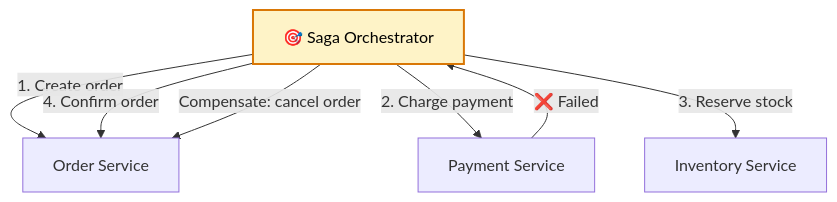
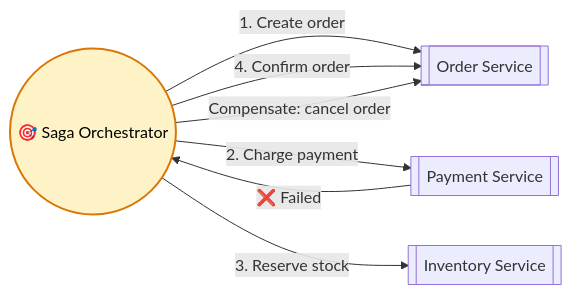
The fourth of 7 diagrams in docs/microservices/distributed-transactions.md (saivamsikaruturi/vamsilabs-dev-notes-main), drawn with Mermaid before and after one commit. The commit also changed other lines of this file and 146 other files, not shown here.

Commit message:
Horizontal diagrams, UML class diagrams, typography overhaul, and permalink cleanup

````diff
--- a/docs/microservices/distributed-transactions.md
+++ b/docs/microservices/distributed-transactions.md
@@ -91,13 +91,13 @@
 ```mermaid
-flowchart TD
-    O["🎯 Saga Orchestrator"]
-    O -->|"1. Create order"| OS["Order Service"]
-    O -->|"2. Charge payment"| PS["Payment Service"]
-    O -->|"3. Reserve stock"| IS["Inventory Service"]
+flowchart LR
+    O(("🎯 Saga Orchestrator"))
+    O -->|"1. Create order"| OS[["Order Service"]]
+    O -->|"2. Charge payment"| PS[["Payment Service"]]
+    O -->|"3. Reserve stock"| IS[["Inventory Service"]]
     O -->|"4. Confirm order"| OS
 
     PS -->|"❌ Failed"| O
     O -->|"Compensate: cancel order"| OS
 
     style O fill:#FEF3C7,stroke:#D97706,stroke-width:2px,color:#000
 ```
````
